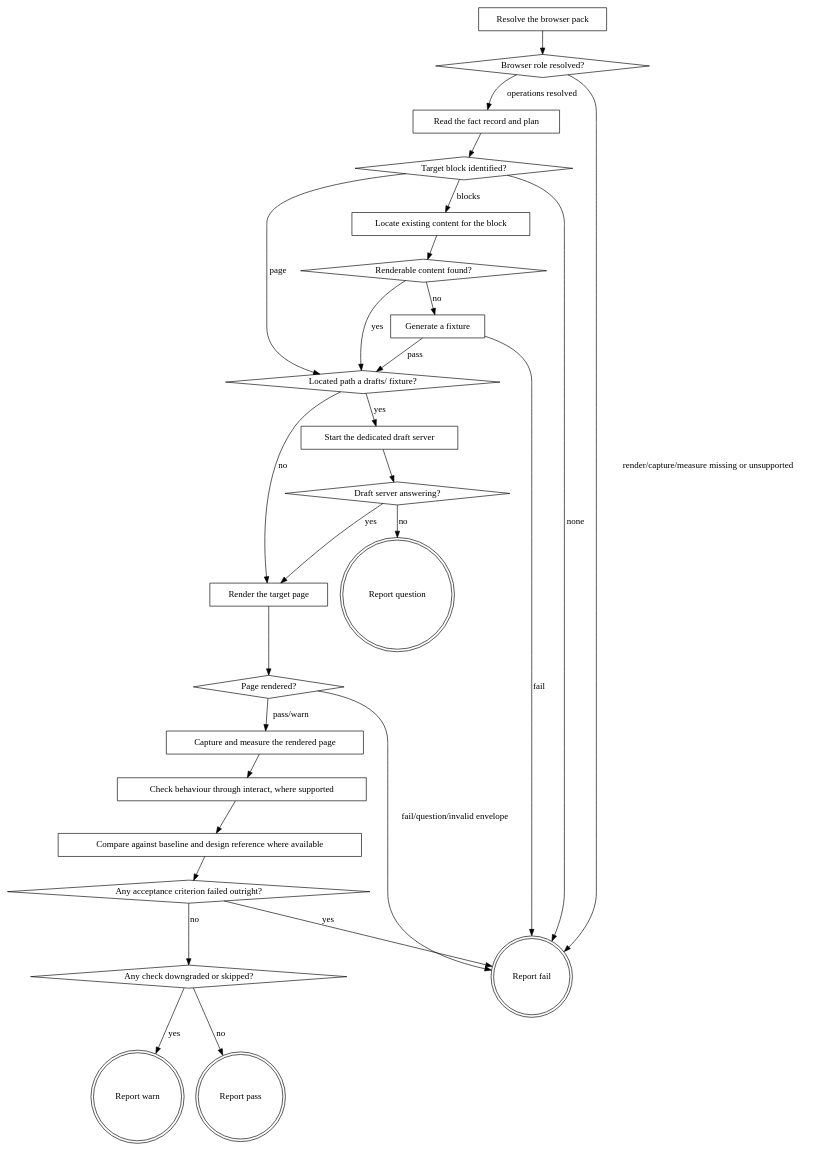
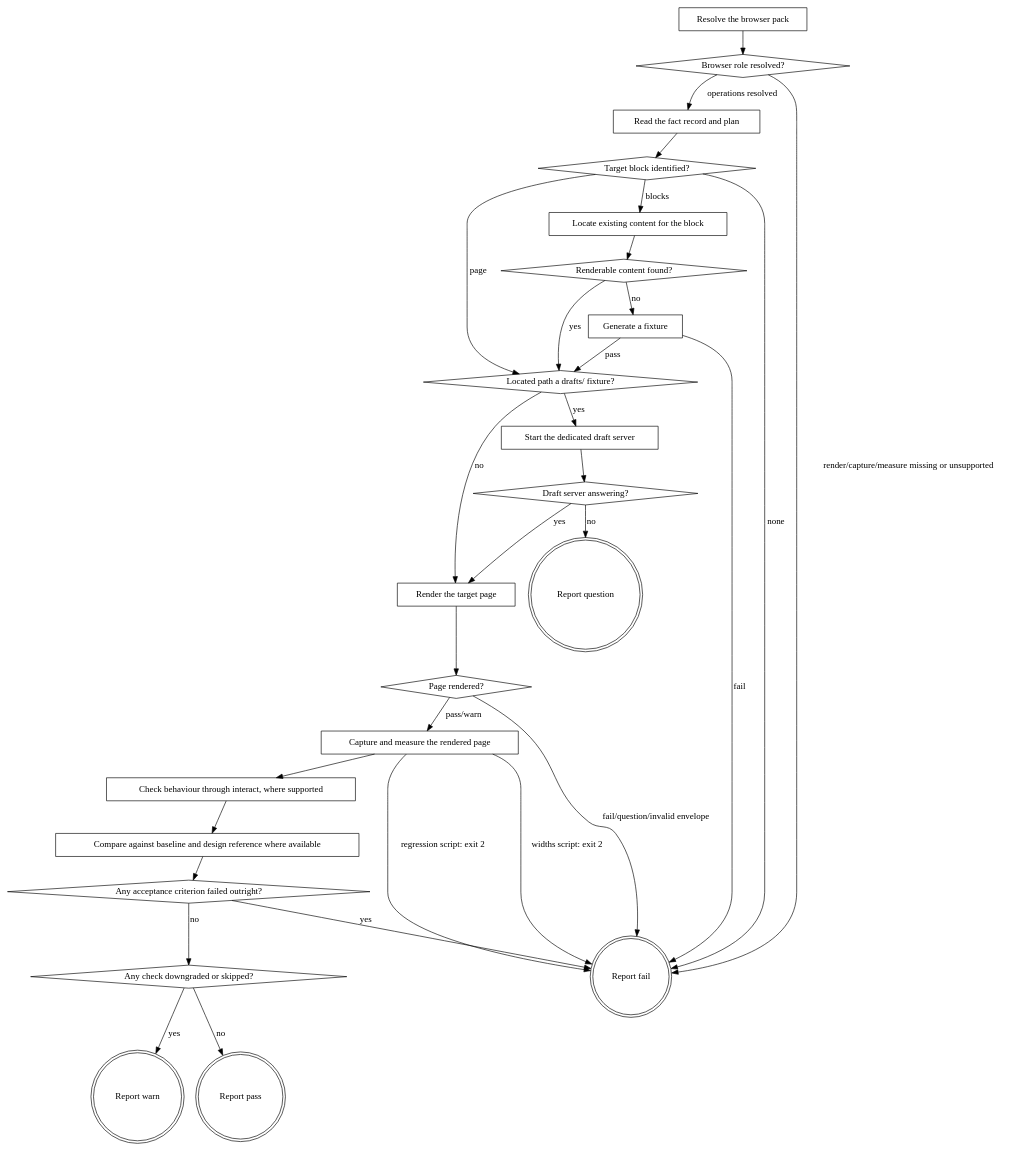
Before and after one commit to agenticDraft/aem-eds-ai-workflow-demo: the diagram in plugins/eds/skills/eds-verify/SKILL.md, drawn with Graphviz. The commit also changed other lines of this file and 2 other files, not shown here.

````diff
--- a/plugins/eds/skills/eds-verify/SKILL.md
+++ b/plugins/eds/skills/eds-verify/SKILL.md
@@ -52,53 +52,55 @@
 ```dot
 digraph eds_verify {
     "Resolve the browser pack" [shape=box];
     "Browser role resolved?" [shape=diamond];
     "Read the fact record and plan" [shape=box];
     "Target block identified?" [shape=diamond];
     "Locate existing content for the block" [shape=box];
     "Renderable content found?" [shape=diamond];
     "Generate a fixture" [shape=box];
     "Located path a drafts/ fixture?" [shape=diamond];
     "Start the dedicated draft server" [shape=box];
     "Draft server answering?" [shape=diamond];
     "Render the target page" [shape=box];
     "Page rendered?" [shape=diamond];
     "Capture and measure the rendered page" [shape=box];
     "Check behaviour through interact, where supported" [shape=box];
     "Compare against baseline and design reference where available" [shape=box];
     "Any acceptance criterion failed outright?" [shape=diamond];
     "Any check downgraded or skipped?" [shape=diamond];
     "Report fail" [shape=doublecircle];
     "Report question" [shape=doublecircle];
     "Report warn" [shape=doublecircle];
     "Report pass" [shape=doublecircle];
 
     "Resolve the browser pack" -> "Browser role resolved?";
     "Browser role resolved?" -> "Read the fact record and plan" [label="operations resolved"];
     "Browser role resolved?" -> "Report fail" [label="render/capture/measure missing or unsupported"];
     "Read the fact record and plan" -> "Target block identified?";
     "Target block identified?" -> "Locate existing content for the block" [label="blocks"];
     "Target block identified?" -> "Located path a drafts/ fixture?" [label="page"];
     "Target block identified?" -> "Report fail" [label="none"];
     "Locate existing content for the block" -> "Renderable content found?";
     "Renderable content found?" -> "Located path a drafts/ fixture?" [label="yes"];
     "Renderable content found?" -> "Generate a fixture" [label="no"];
     "Generate a fixture" -> "Located path a drafts/ fixture?" [label="pass"];
     "Generate a fixture" -> "Report fail" [label="fail"];
     "Located path a drafts/ fixture?" -> "Start the dedicated draft server" [label="yes"];
     "Located path a drafts/ fixture?" -> "Render the target page" [label="no"];
     "Start the dedicated draft server" -> "Draft server answering?";
     "Draft server answering?" -> "Render the target page" [label="yes"];
     "Draft server answering?" -> "Report question" [label="no"];
     "Render the target page" -> "Page rendered?";
     "Page rendered?" -> "Capture and measure the rendered page" [label="pass/warn"];
     "Page rendered?" -> "Report fail" [label="fail/question/invalid envelope"];
     "Capture and measure the rendered page" -> "Check behaviour through interact, where supported";
+    "Capture and measure the rendered page" -> "Report fail" [label="widths script: exit 2"];
+    "Capture and measure the rendered page" -> "Report fail" [label="regression script: exit 2"];
     "Check behaviour through interact, where supported" -> "Compare against baseline and design reference where available";
     "Compare against baseline and design reference where available" -> "Any acceptance criterion failed outright?";
     "Any acceptance criterion failed outright?" -> "Report fail" [label="yes"];
     "Any acceptance criterion failed outright?" -> "Any check downgraded or skipped?" [label="no"];
     "Any check downgraded or skipped?" -> "Report warn" [label="yes"];
     "Any check downgraded or skipped?" -> "Report pass" [label="no"];
 }
 ```
````
